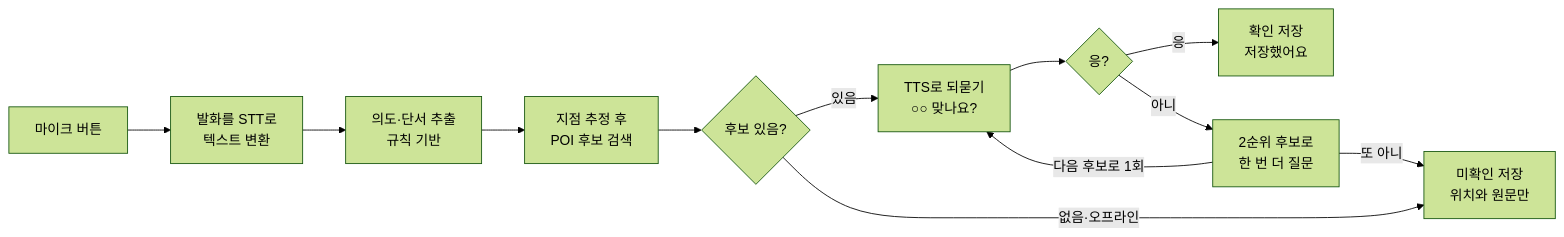
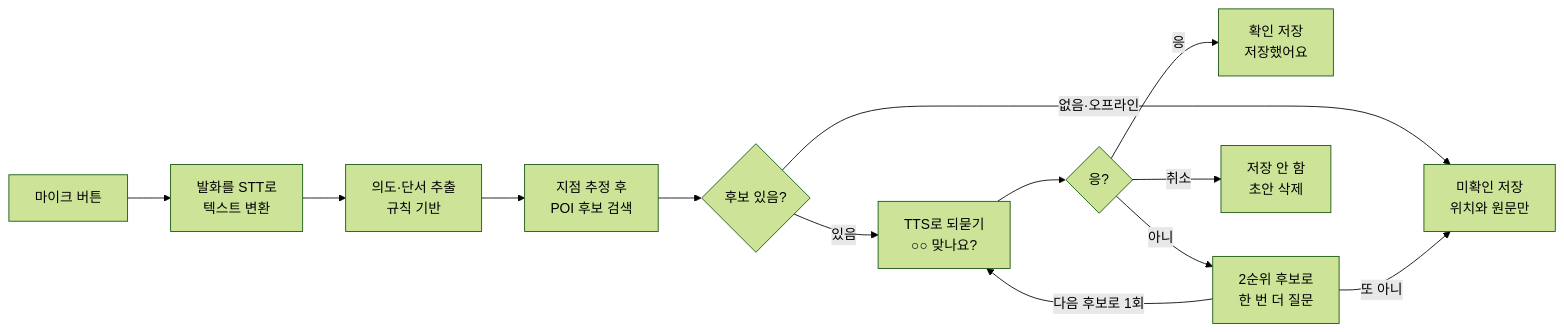
Before and after one commit to easycd/Hyundai_Pleos_App_Competition: the diagram in docs/01_개발기획서.md, drawn with Mermaid (forest theme). The commit also changed other lines of this file and 47 other files, not shown here.

````diff
--- a/docs/01_개발기획서.md
+++ b/docs/01_개발기획서.md
@@ -71,14 +71,15 @@
 ```mermaid
 flowchart LR
     A[마이크 버튼] --> B[발화를 STT로<br/>텍스트 변환]
     B --> C[의도·단서 추출<br/>규칙 기반]
     C --> D[지점 추정 후<br/>POI 후보 검색]
     D --> E{후보 있음?}
     E -- 있음 --> F[TTS로 되묻기<br/>○○ 맞나요?]
     E -- 없음·오프라인 --> J[미확인 저장<br/>위치와 원문만]
     F --> G{응?}
     G -- 응 --> H[확인 저장<br/>저장했어요]
     G -- 아니 --> I[2순위 후보로<br/>한 번 더 질문]
     I -- 다음 후보로 1회 --> F
     I -- 또 아니 --> J
+    G -- 취소 --> K[저장 안 함<br/>초안 삭제]
 ```
````
